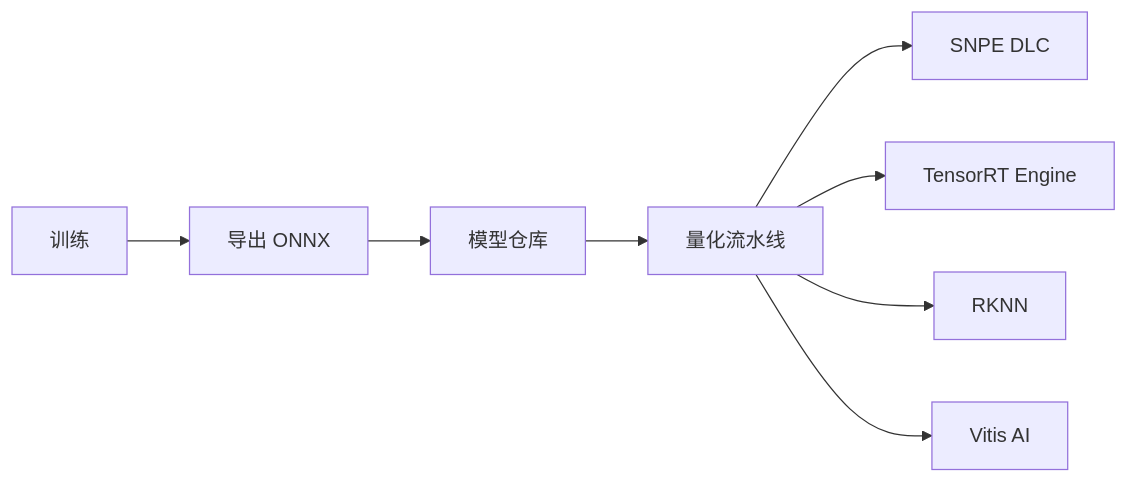
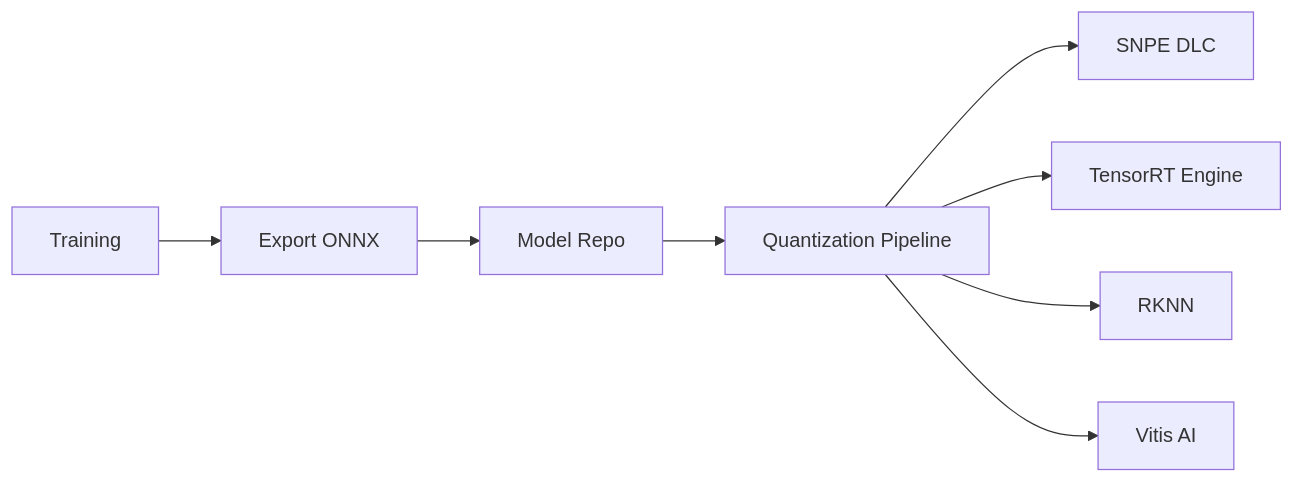
The second of 2 diagrams in docs/architecture/02_algorithms_layer.md (JeffRen1977/smartCamera), drawn with Mermaid before and after one commit. The commit also changed other lines of this file and 36 other files, not shown here.

````diff
--- a/docs/architecture/02_algorithms_layer.md
+++ b/docs/architecture/02_algorithms_layer.md
@@ -114,10 +114,10 @@
 ```mermaid
 flowchart LR
-    Train[训练] --> Export[导出 ONNX]
-    Export --> Repo[模型仓库]
-    Repo --> Quant[量化流水线]
+    Train[Training] --> Export[Export ONNX]
+    Export --> Repo[Model Repo]
+    Repo --> Quant[Quantization Pipeline]
     Quant --> DLC[SNPE DLC]
     Quant --> TRT[TensorRT Engine]
     Quant --> RKNN[RKNN]
     Quant --> Vitis[Vitis AI]
 ```
````
